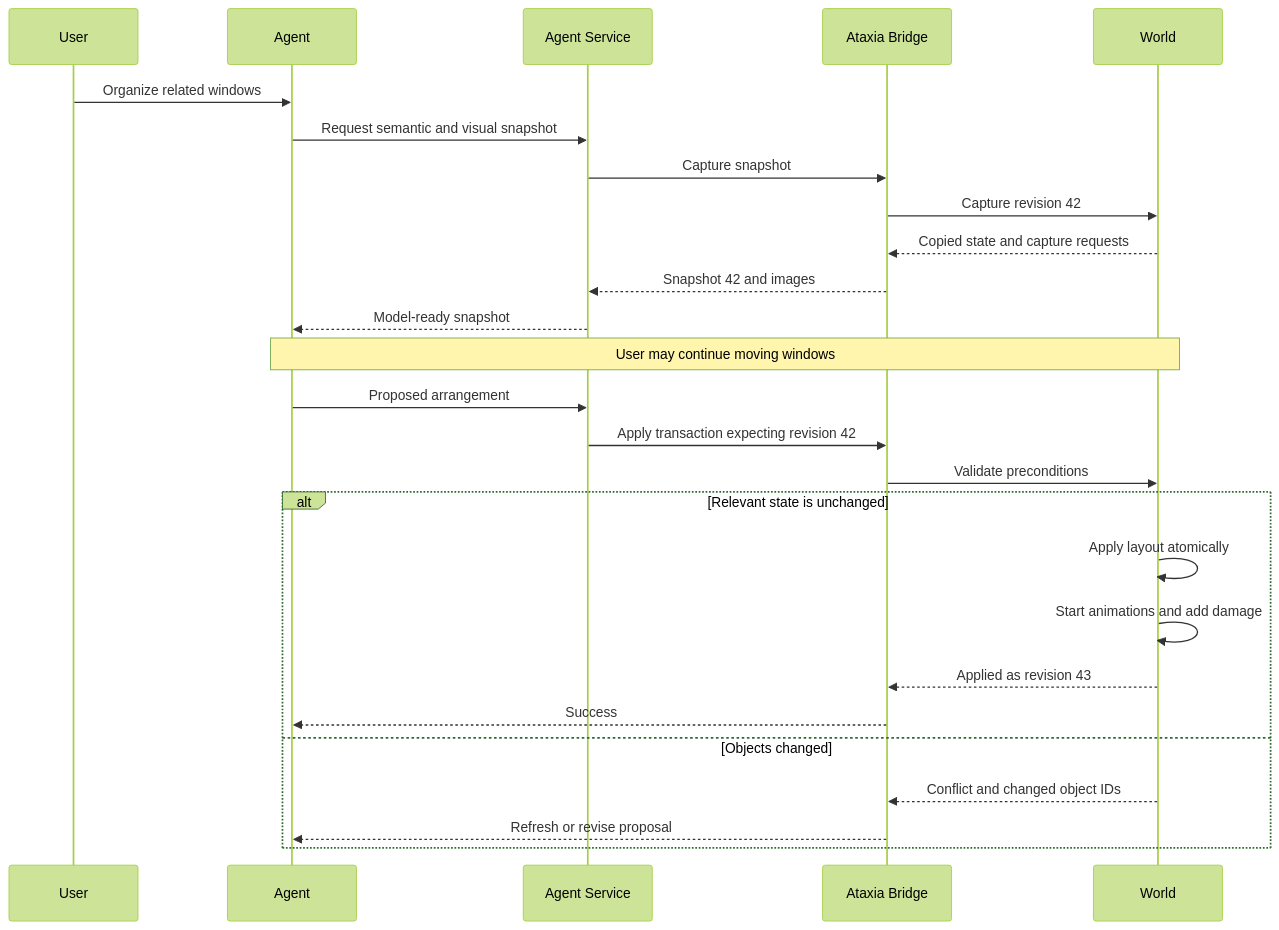
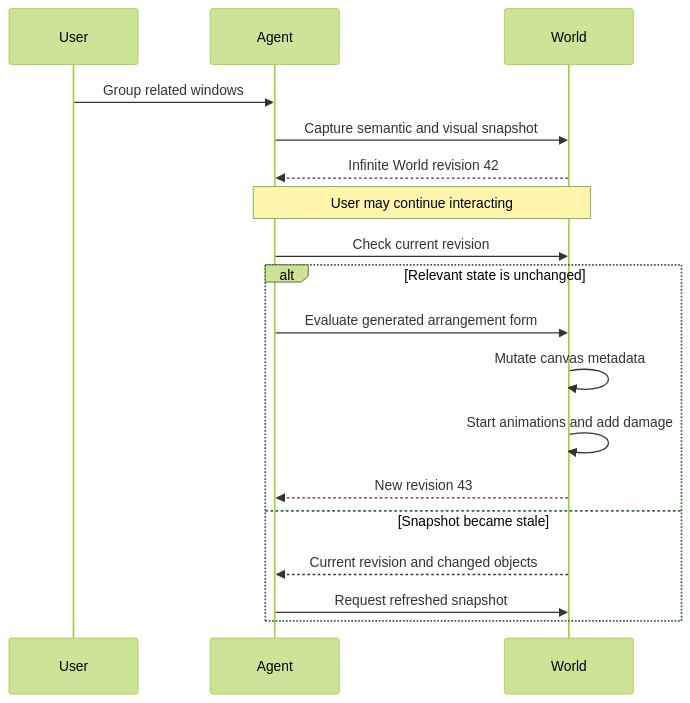
Before and after one commit to SeungheonOh/ataxia: the fifth of 9 diagrams in docs/AGENT_INTEGRATION.md, drawn with Mermaid (forest theme). The commit also changed other lines of this file, not shown here.

Commit message:
docs: redesign agent control recovery

````diff
--- a/docs/AGENT_INTEGRATION.md
+++ b/docs/AGENT_INTEGRATION.md
@@ -180,31 +363,23 @@
 ```mermaid
 sequenceDiagram
     participant User
     participant Agent
-    participant Service as Agent Service
-    participant Bridge as Ataxia Bridge
     participant World
 
-    User->>Agent: Organize related windows
-    Agent->>Service: Request semantic and visual snapshot
-    Service->>Bridge: Capture snapshot
-    Bridge->>World: Capture revision 42
-    World-->>Bridge: Copied state and capture requests
-    Bridge-->>Service: Snapshot 42 and images
-    Service-->>Agent: Model-ready snapshot
+    User->>Agent: Group related windows
+    Agent->>World: Capture semantic and visual snapshot
+    World-->>Agent: Infinite World revision 42
 
-    Note over Agent,World: User may continue moving windows
+    Note over Agent,World: User may continue interacting
 
-    Agent->>Service: Proposed arrangement
-    Service->>Bridge: Apply transaction expecting revision 42
-    Bridge->>World: Validate preconditions
+    Agent->>World: Check current revision
     alt Relevant state is unchanged
-        World->>World: Apply layout atomically
+        Agent->>World: Evaluate generated arrangement form
+        World->>World: Mutate canvas metadata
         World->>World: Start animations and add damage
-        World-->>Bridge: Applied as revision 43
-        Bridge-->>Agent: Success
-    else Objects changed
-        World-->>Bridge: Conflict and changed object IDs
-        Bridge-->>Agent: Refresh or revise proposal
+        World-->>Agent: New revision 43
+    else Snapshot became stale
+        World-->>Agent: Current revision and changed objects
+        Agent->>World: Request refreshed snapshot
     end
 ```
````
